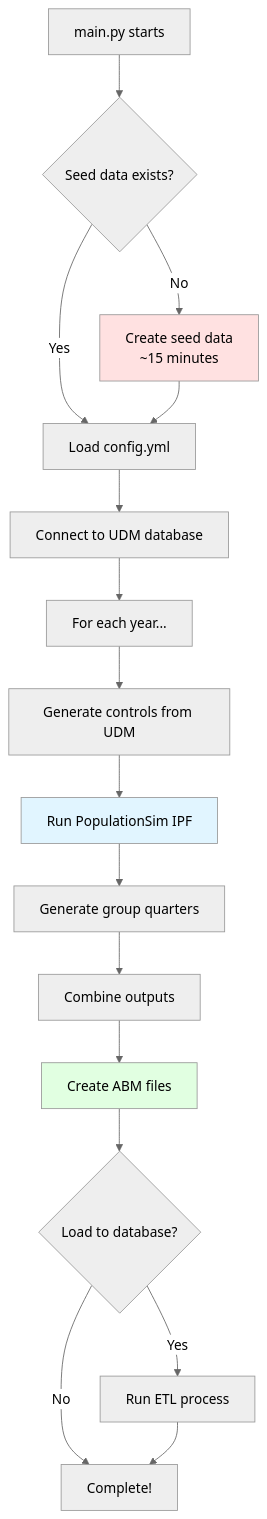
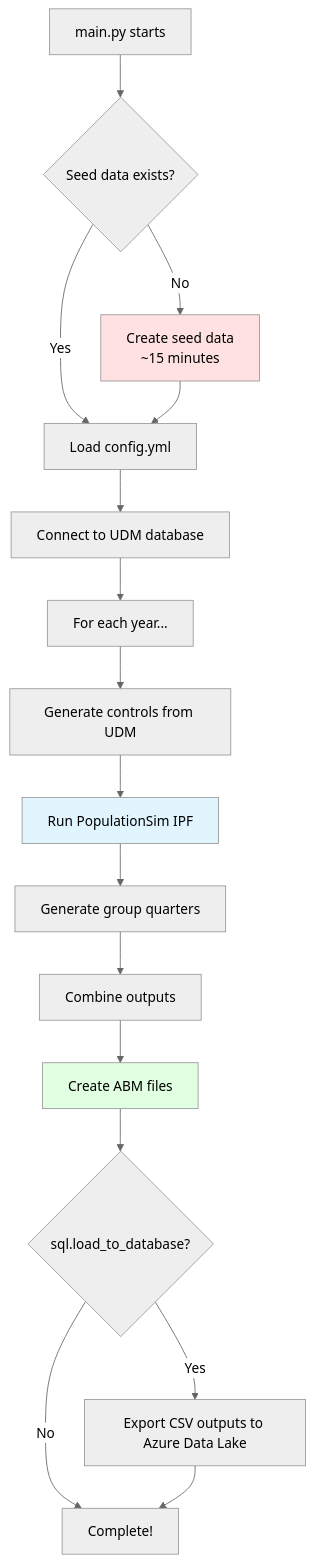
Before and after one commit to SANDAG/Population-Sim: the first of 2 diagrams in wiki/Getting-Started.md, drawn with Mermaid (neutral theme). The commit also changed other lines of this file and 9 other files, not shown here.

Commit message:
docs: update documentation for Azure Data Lake export and reporting benchmarks

````diff
--- a/wiki/Getting-Started.md
+++ b/wiki/Getting-Started.md
@@ -77,22 +77,22 @@
 ```mermaid
 flowchart TD
     A[main.py starts] --> B{Seed data exists?}
     B -->|No| C[Create seed data<br/>~15 minutes]
     B -->|Yes| D[Load config.yml]
     C --> D
     D --> E[Connect to UDM database]
     E --> F[For each year...]
     F --> G[Generate controls from UDM]
     G --> H[Run PopulationSim IPF]
     H --> I[Generate group quarters]
     I --> J[Combine outputs]
     J --> K[Create ABM files]
-    K --> L{Load to database?}
-    L -->|Yes| M[Run ETL process]
+    K --> L{sql.load_to_database?}
+    L -->|Yes| M[Export CSV outputs to Azure Data Lake]
     L -->|No| N[Complete!]
     M --> N
     
     style C fill:#ffe1e1
     style H fill:#e1f5ff
     style K fill:#e1ffe1
 ```
````
